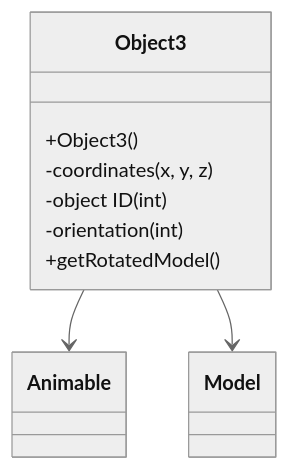
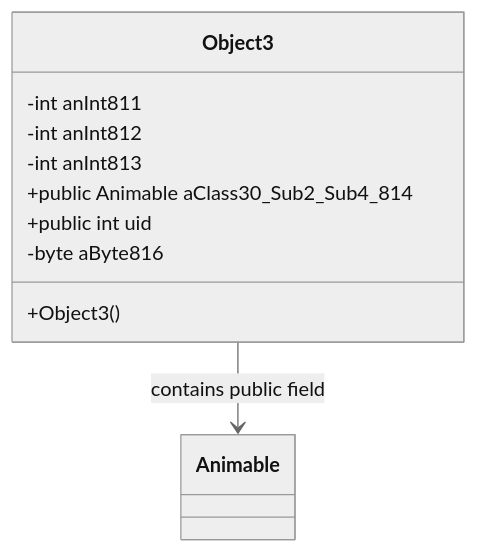
The diagram in bytecode/mapping/evidence/verified/Object3_ZIKPHIFI.md (daxxog/solmud), drawn with Mermaid (neutral theme) before and after one commit. The commit also changed other lines of this file and 32 other files, not shown here.

````diff
--- a/bytecode/mapping/evidence/verified/Object3_ZIKPHIFI.md
+++ b/bytecode/mapping/evidence/verified/Object3_ZIKPHIFI.md
@@ -16,10 +16,11 @@
 ```mermaid
 classDiagram
-    Object3 --> Animable
-    Object3 --> Model
+    Object3 --> Animable : contains public field
     Object3 : +Object3()
-    Object3 : -coordinates (x, y, z)
-    Object3 : -object ID (int)
-    Object3 : -orientation (int)
-    Object3 : +getRotatedModel()
+    Object3 : -int anInt811
+    Object3 : -int anInt812
+    Object3 : -int anInt813
+    Object3 : +public Animable aClass30_Sub2_Sub4_814
+    Object3 : +public int uid
+    Object3 : -byte aByte816
 ```
````
